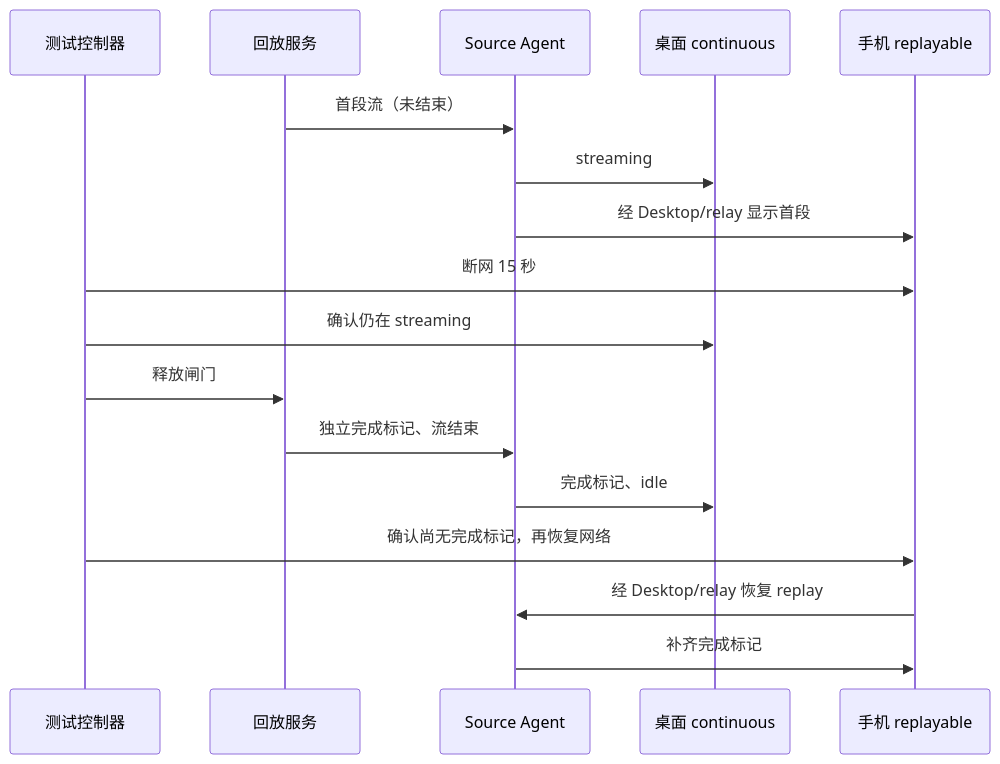
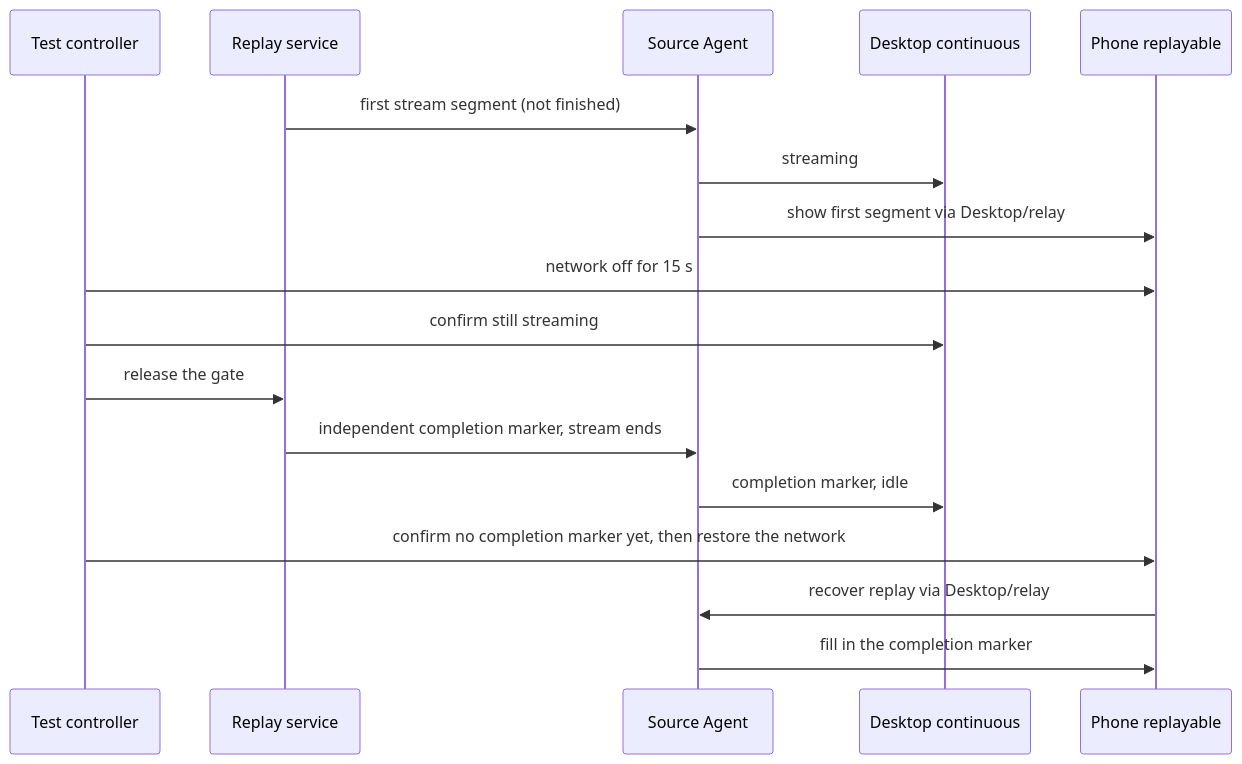
The diagram in docs/testing/r3-remote-server-harness.md (osben/ZCode), drawn with Mermaid before and after one commit. The commit also changed other lines of this file and 12 other files, not shown here.

````diff
--- a/docs/testing/r3-remote-server-harness.md
+++ b/docs/testing/r3-remote-server-harness.md
@@ -553,19 +316,19 @@
 ```mermaid
 sequenceDiagram
-  participant T as 测试控制器
-  participant F as 回放服务
+  participant T as Test controller
+  participant F as Replay service
   participant S as Source Agent
-  participant D as 桌面 continuous
-  participant M as 手机 replayable
-  F->>S: 首段流（未结束）
+  participant D as Desktop continuous
+  participant M as Phone replayable
+  F->>S: first stream segment (not finished)
   S->>D: streaming
-  S->>M: 经 Desktop/relay 显示首段
-  T->>M: 断网 15 秒
-  T->>D: 确认仍在 streaming
-  T->>F: 释放闸门
-  F->>S: 独立完成标记、流结束
-  S->>D: 完成标记、idle
-  T->>M: 确认尚无完成标记，再恢复网络
-  M->>S: 经 Desktop/relay 恢复 replay
-  S->>M: 补齐完成标记
+  S->>M: show first segment via Desktop/relay
+  T->>M: network off for 15 s
+  T->>D: confirm still streaming
+  T->>F: release the gate
+  F->>S: independent completion marker, stream ends
+  S->>D: completion marker, idle
+  T->>M: confirm no completion marker yet, then restore the network
+  M->>S: recover replay via Desktop/relay
+  S->>M: fill in the completion marker
 ```
````
